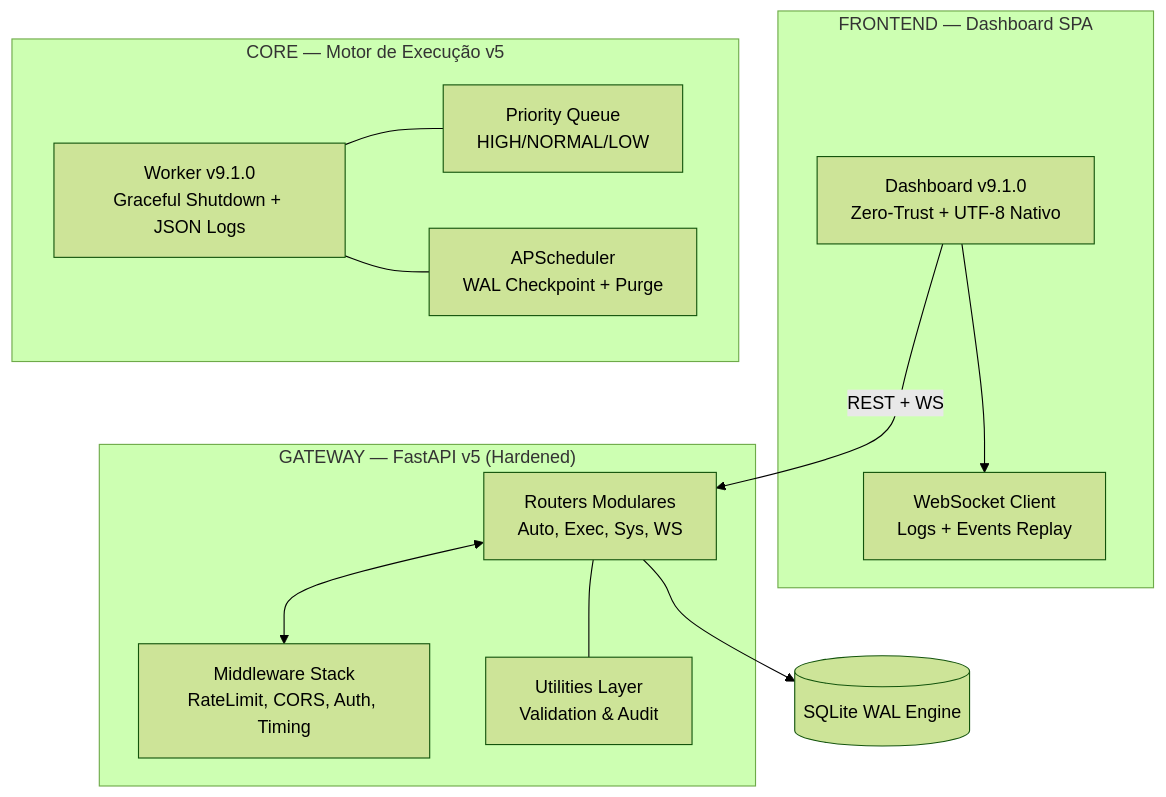
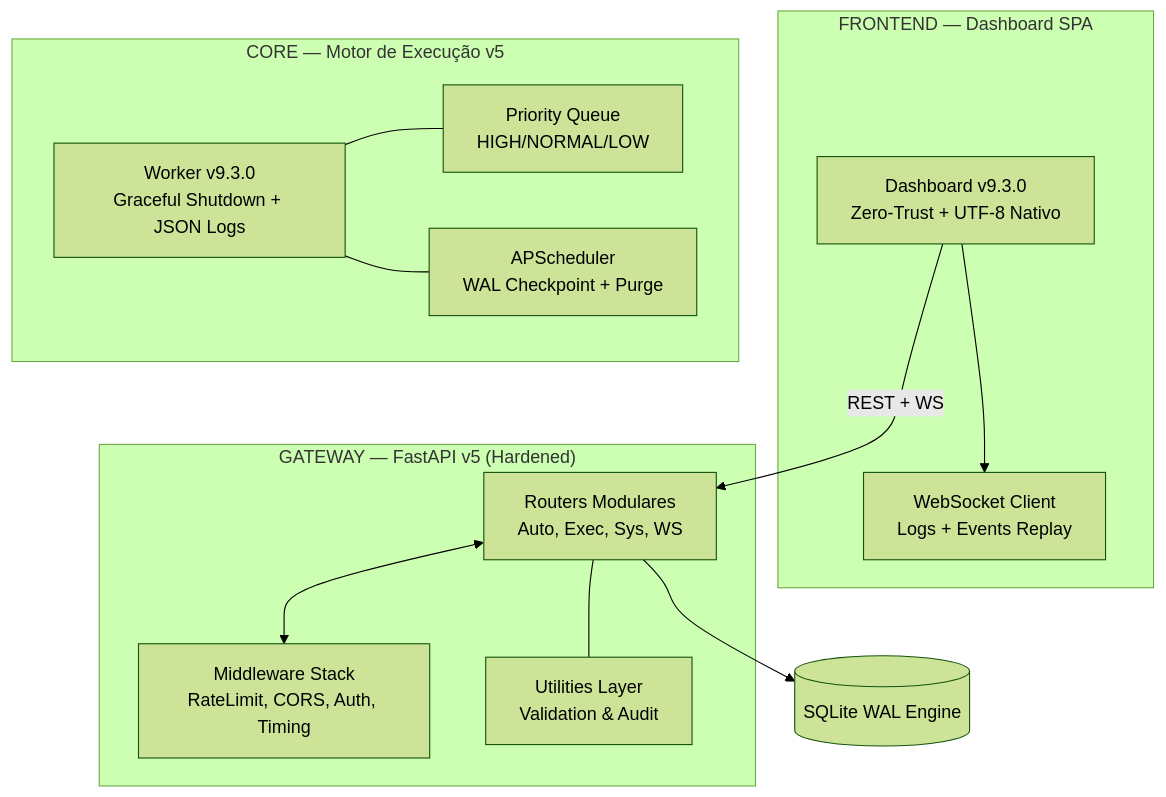
One commit to GabrielDiasNN/Automacoes-CR changed the diagram in README.md. Above: the diagram before and after it, drawn with Mermaid (forest theme). The commit also changed other lines of this file and 49 other files, not shown here.

````diff
--- a/README.md
+++ b/README.md
@@ -7,27 +7,27 @@
 ```mermaid
 graph TD
     subgraph "FRONTEND — Dashboard SPA"
-        UI["Dashboard v9.1.0<br/>Zero-Trust + UTF-8 Nativo"]
+        UI["Dashboard v9.3.0<br/>Zero-Trust + UTF-8 Nativo"]
         WS_CLIENT["WebSocket Client<br/>Logs + Events Replay"]
         UI --> WS_CLIENT
     end
 
     subgraph "GATEWAY — FastAPI v5 (Hardened)"
         ROUTERS["Routers Modulares<br/>Auto, Exec, Sys, WS"]
         MIDDLEWARE["Middleware Stack<br/>RateLimit, CORS, Auth, Timing"]
         UTILS["Utilities Layer<br/>Validation & Audit"]
         ROUTERS <--> MIDDLEWARE
         ROUTERS --- UTILS
     end
 
     subgraph "CORE — Motor de Execução v5"
-        WORKER["Worker v9.1.0<br/>Graceful Shutdown + JSON Logs"]
+        WORKER["Worker v9.3.0<br/>Graceful Shutdown + JSON Logs"]
         PRIORITY["Priority Queue<br/>HIGH/NORMAL/LOW"]
         SCHEDULER["APScheduler<br/>WAL Checkpoint + Purge"]
         WORKER --- PRIORITY
         WORKER --- SCHEDULER
     end
 
     UI -->|REST + WS| ROUTERS
     ROUTERS --> DB[(SQLite WAL Engine)]
 ```
````
